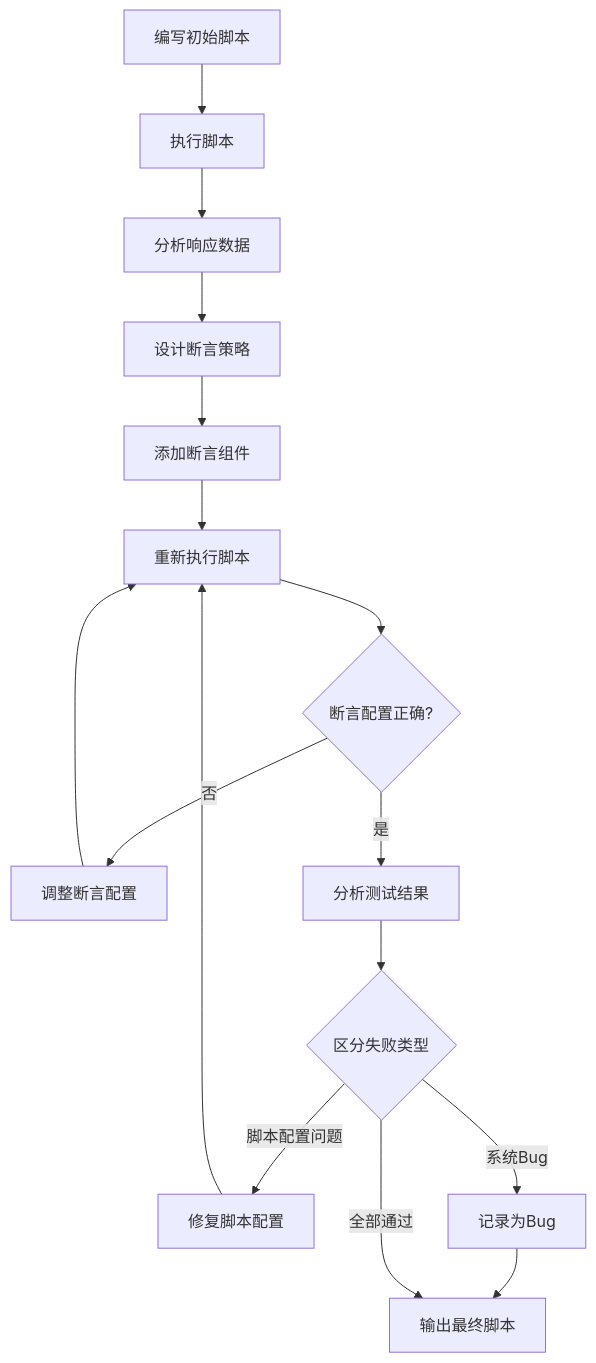
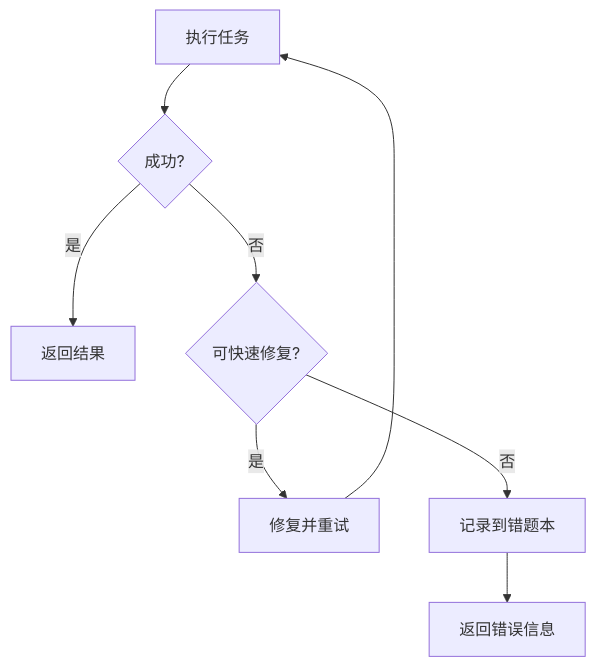
One commit to genius-jie/AITestCase changed the first of 2 diagrams in .trae/rules/project_rules.md. Above: the diagram before and after it, drawn with Mermaid. The commit also changed other lines of this file and 324 other files, not shown here.

````diff
--- a/.trae/rules/project_rules.md
+++ b/.trae/rules/project_rules.md
@@ -330,18 +105,10 @@
 ```mermaid
 graph TD
-    A[编写初始脚本] --> B[执行脚本]
-    B --> C[分析响应数据]
-    C --> D[设计断言策略]
-    D --> E[添加断言组件]
-    E --> F[重新执行脚本]
-    F --> G{断言配置正确?}
-    G -->|否| H[调整断言配置]
-    H --> F
-    G -->|是| I[分析测试结果]
-    I --> J{区分失败类型}
-    J -->|脚本配置问题| K[修复脚本配置]
-    K --> F
-    J -->|系统Bug| L[记录为Bug]
-    L --> M[输出最终脚本]
-    J -->|全部通过| M
+    A[执行任务] --> B{成功?}
+    B -->|是| C[返回结果]
+    B -->|否| D{可快速修复?}
+    D -->|是| E[修复并重试]
+    D -->|否| F[记录到错题本]
+    F --> G[返回错误信息]
+    E --> A
 ```
````
